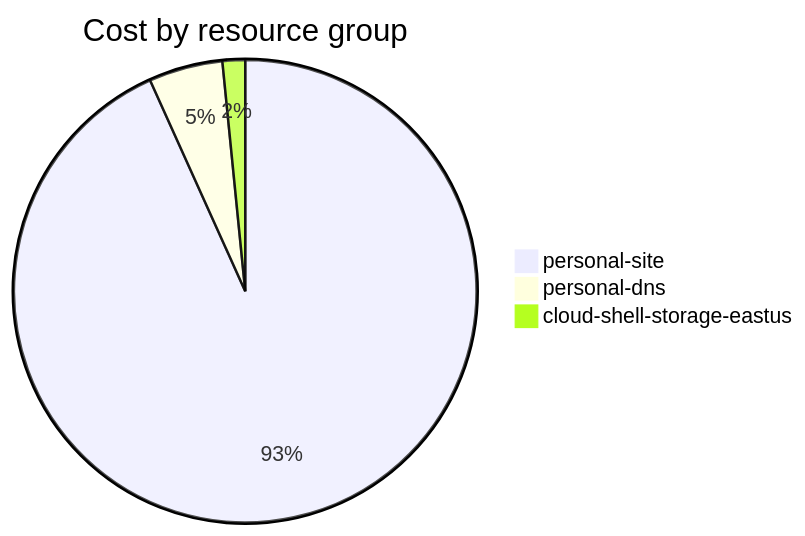
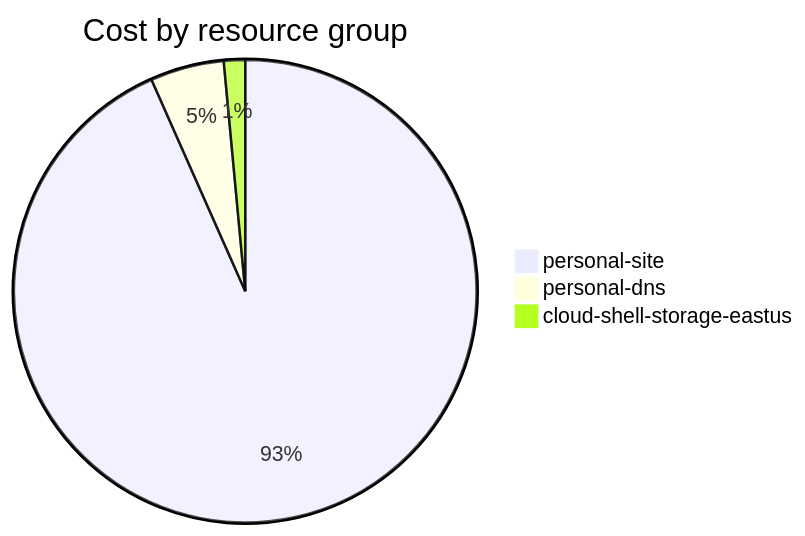
Before and after one commit to jpfulton/azure-personal-reports: the fourth of 4 diagrams in cost-reports/accumulated-cost.md, drawn with Mermaid. The commit also changed other lines of this file and 4 other files, not shown here.

````diff
--- a/cost-reports/accumulated-cost.md
+++ b/cost-reports/accumulated-cost.md
@@ -143,7 +143,7 @@
 ```mermaid
 pie
    title Cost by resource group
-   "personal-site" : 8.85
-   "personal-dns" : 0.49
+   "personal-site" : 9.42
+   "personal-dns" : 0.52
    "cloud-shell-storage-eastus" : 0.15
 ```
````
